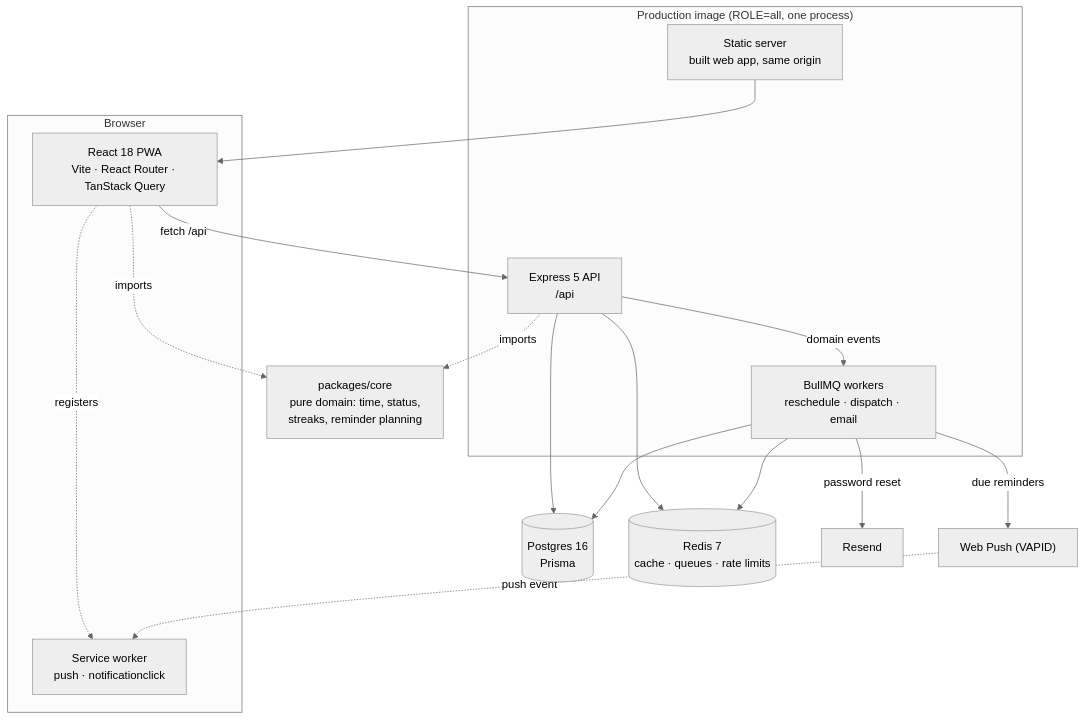
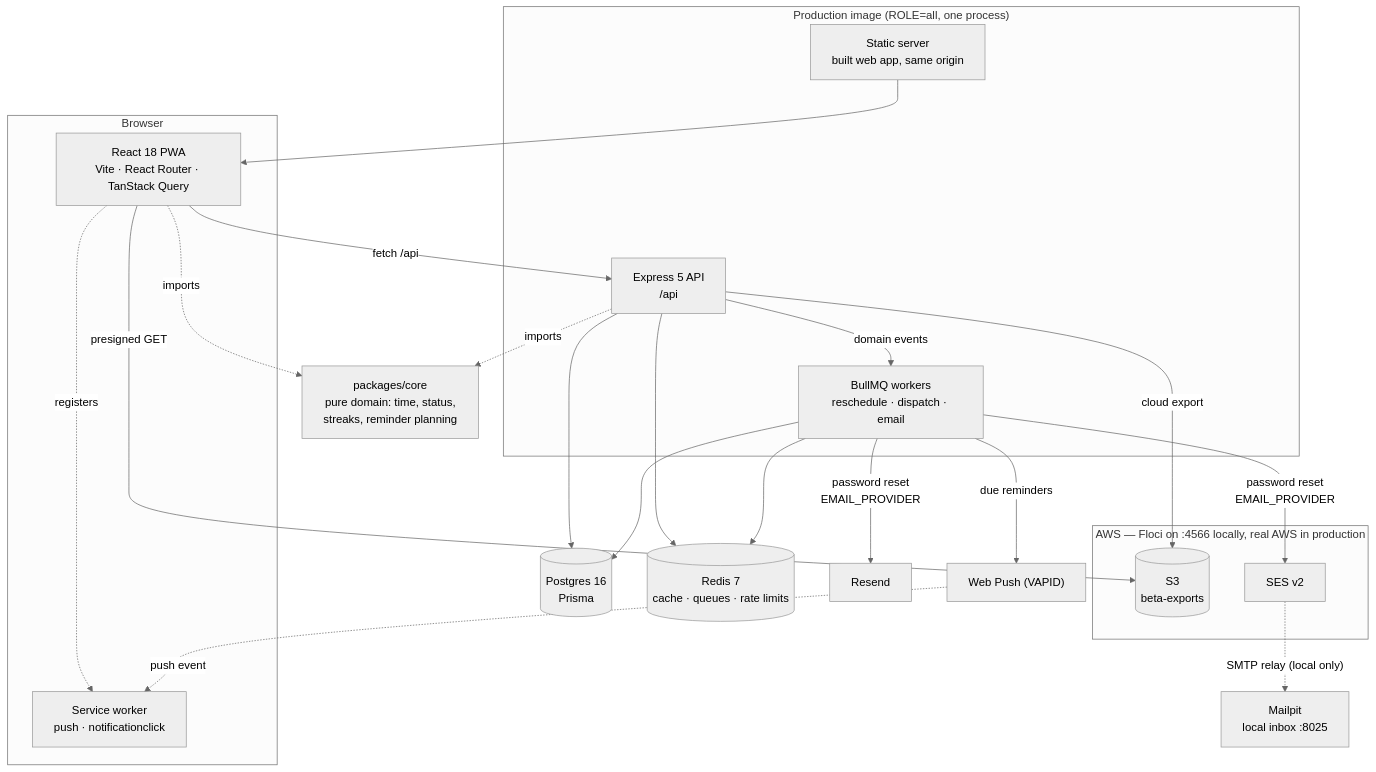
One commit to rohanbxo/Healthmax changed the diagram in README.md. Above: the diagram before and after it, drawn with Mermaid (neutral theme). The commit also changed other lines of this file, not shown here.

First line of the commit message:
docs: add "Local AWS with Floci" to the README

````diff
--- a/README.md
+++ b/README.md
@@ -15,34 +15,44 @@
 ```mermaid
 flowchart TB
     subgraph Browser
         PWA["React 18 PWA<br/>Vite · React Router · TanStack Query"]
         SW["Service worker<br/>push · notificationclick"]
     end
 
     subgraph Image["Production image (ROLE=all, one process)"]
         Static["Static server<br/>built web app, same origin"]
         API["Express 5 API<br/>/api"]
         Workers["BullMQ workers<br/>reschedule · dispatch · email"]
     end
 
     Core["packages/core<br/>pure domain: time, status,<br/>streaks, reminder planning"]
 
     PG[("Postgres 16<br/>Prisma")]
     RD[("Redis 7<br/>cache · queues · rate limits")]
     Push["Web Push (VAPID)"]
     Mail["Resend"]
 
+    subgraph AWS["AWS — Floci on :4566 locally, real AWS in production"]
+        S3[("S3<br/>beta-exports")]
+        SES["SES v2"]
+    end
+    Mailpit["Mailpit<br/>local inbox :8025"]
+
     PWA -->|"fetch /api"| API
     PWA -.->|registers| SW
     Static --> PWA
     API -->|domain events| Workers
     API --> PG
     API --> RD
+    API -->|"cloud export"| S3
+    PWA -->|"presigned GET"| S3
     Workers --> PG
     Workers --> RD
     Workers -->|"due reminders"| Push
-    Workers -->|"password reset"| Mail
+    Workers -->|"password reset<br/>EMAIL_PROVIDER"| Mail
+    Workers -->|"password reset<br/>EMAIL_PROVIDER"| SES
+    SES -.->|"SMTP relay (local only)"| Mailpit
     Push -.->|"push event"| SW
     API -. imports .-> Core
     PWA -. imports .-> Core
 ```
````
